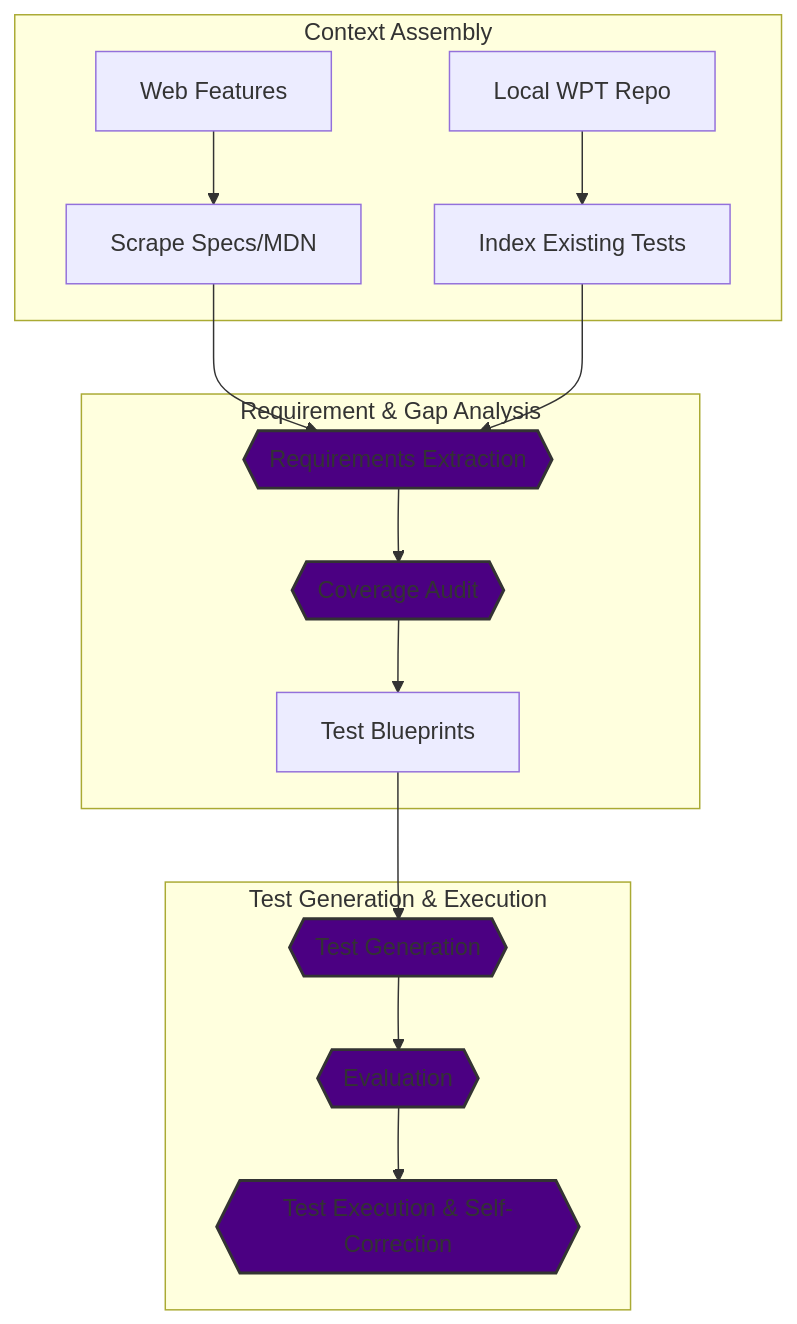
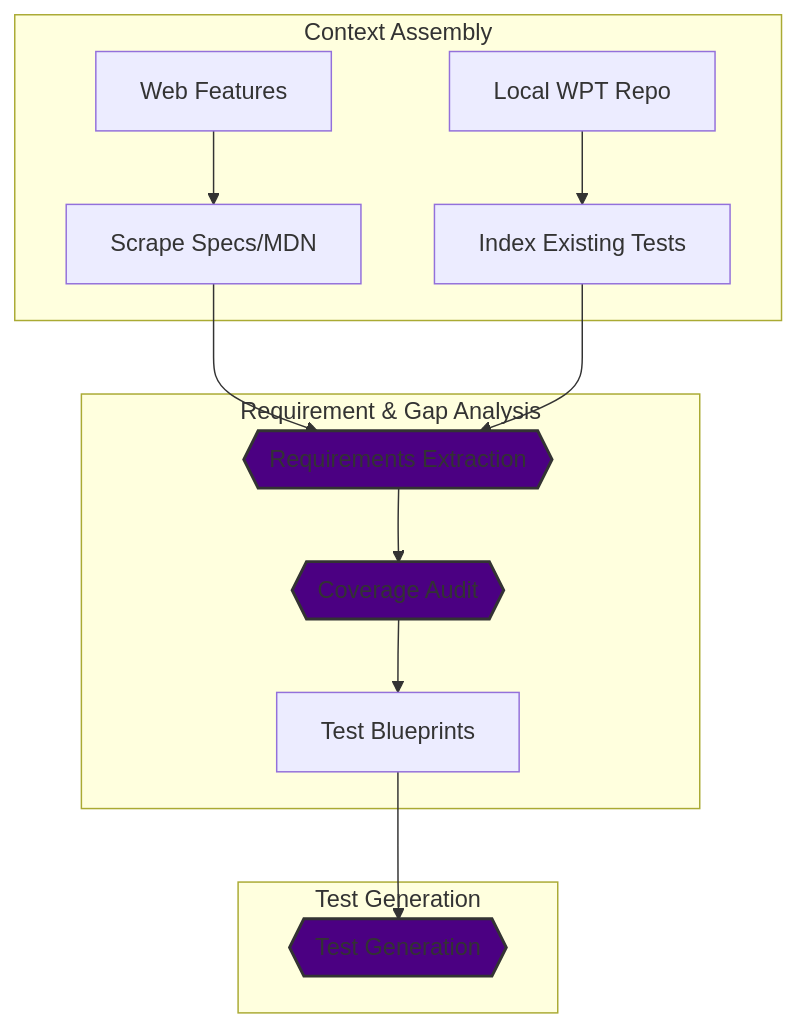
One commit to GoogleChromeLabs/wpt-gen changed the diagram in README.md. Above: the diagram before and after it, drawn with Mermaid. The commit also changed other lines of this file and 36 other files, not shown here.

Commit message:
feat: remove deprecated default generator and evaluation/execution phases

````diff
--- a/README.md
+++ b/README.md
@@ -30,22 +30,20 @@
 ```mermaid
 flowchart TD
     subgraph Context[Context Assembly]
         A[Web Features] --> B[Scrape Specs/MDN]
         C[Local WPT Repo] --> D[Index Existing Tests]
     end
 
     subgraph Analysis[Requirement & Gap Analysis]
         B & D --> E{{Requirements Extraction}}
         E --> F{{Coverage Audit}}
         F --> G[Test Blueprints]
     end
 
-    subgraph Generation[Test Generation & Execution]
+    subgraph Generation[Test Generation]
         G --> H{{Test Generation}}
-        H --> I{{Evaluation}}
-        I --> J{{Test Execution & Self-Correction}}
     end
 
     classDef llm fill:#4B0082,stroke:#333,stroke-width:2px;
-    class E,F,H,I,J llm;
+    class E,F,H llm;
 ```
````
